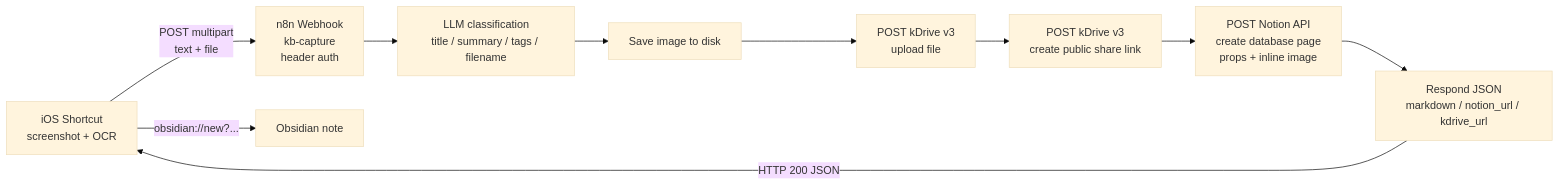
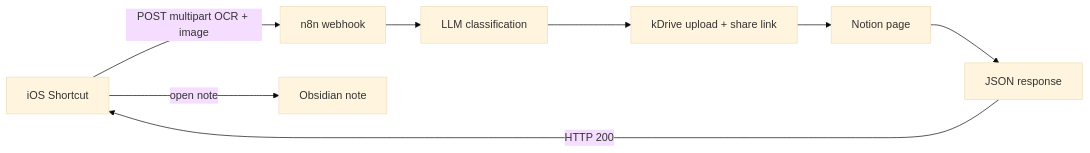
The diagram in README.md (BrunoCoCH/n8n-kb-capture), drawn with Mermaid (base theme) before and after one commit.

Commit message:
Fix GitHub Mermaid diagram rendering in README

````diff
--- a/README.md
+++ b/README.md
@@ -9,12 +9,10 @@
 ```mermaid
 flowchart LR
-    A[iOS Shortcut<br/>screenshot + OCR] -- POST multipart<br/>text + file --> B[n8n Webhook<br/>kb-capture<br/>header auth]
-    B --> C[LLM classification<br/>title / summary / tags / filename]
-    C --> D[Save image to disk]
-    D --> E[POST kDrive v3<br/>upload file]
-    E --> F[POST kDrive v3<br/>create public share link]
-    F --> G[POST Notion API<br/>create database page<br/>props + inline image]
-    G --> H[Respond JSON<br/>markdown / notion_url / kdrive_url]
-    H -- HTTP 200 JSON --> A
-    A -- obsidian://new?... --> I[Obsidian note]
+    A["iOS Shortcut"] -->|"POST multipart OCR + image"| B["n8n webhook"]
+    B --> C["LLM classification"]
+    C --> D["kDrive upload + share link"]
+    D --> E["Notion page"]
+    E --> F["JSON response"]
+    F -->|"HTTP 200"| A
+    A -->|"open note"| G["Obsidian note"]
 ```
````
